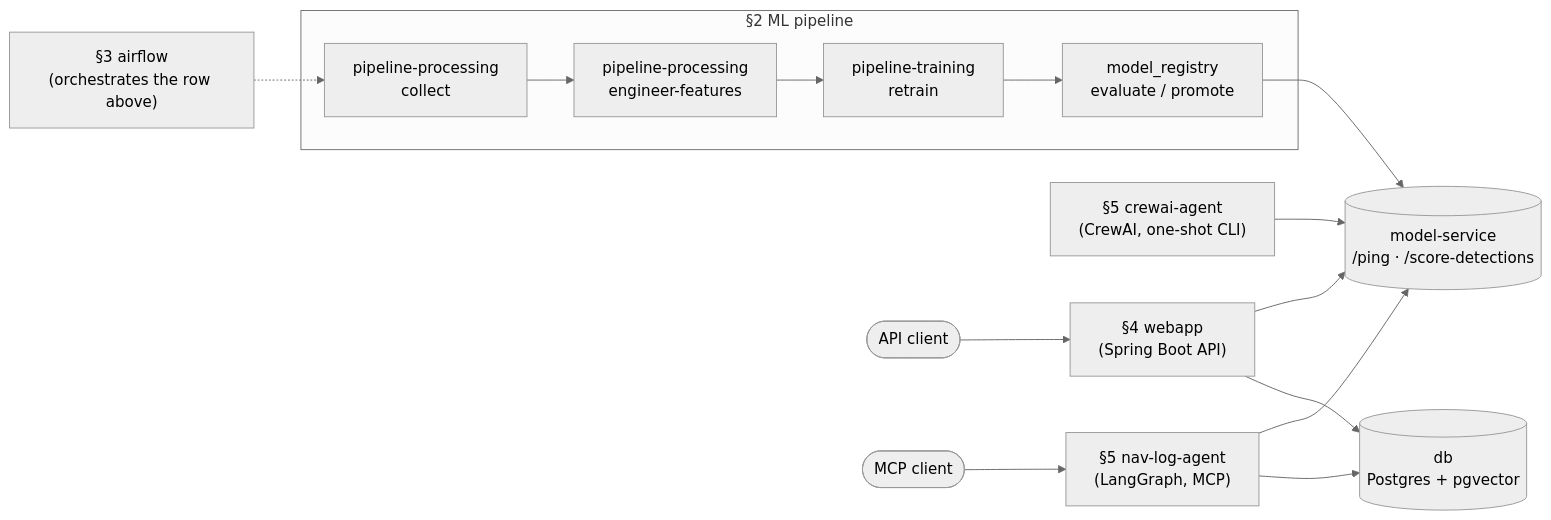
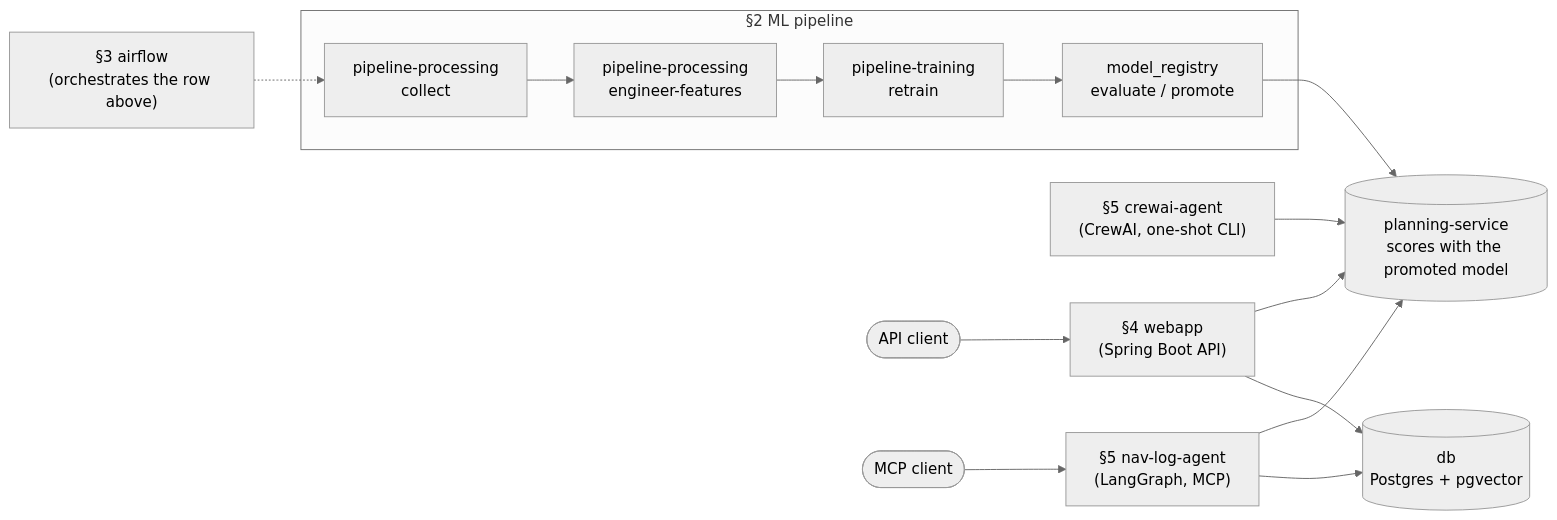
Before and after one commit to asdaq-samir/flight_plan: the first of 4 diagrams in docs/LEARNING-GUIDE.md, drawn with Mermaid (neutral theme). The commit also changed other lines of this file and 67 other files, not shown here.

````diff
--- a/docs/LEARNING-GUIDE.md
+++ b/docs/LEARNING-GUIDE.md
@@ -30,21 +30,21 @@
 ```mermaid
 flowchart LR
     subgraph pipeline["§2 ML pipeline"]
         collect[pipeline-processing<br/>collect] --> engineer[pipeline-processing<br/>engineer-features]
         engineer --> retrain[pipeline-training<br/>retrain]
         retrain --> registry[model_registry<br/>evaluate / promote]
     end
     airflow["§3 airflow<br/>(orchestrates the row above)"] -.-> collect
 
-    registry --> model[("model-service<br/>/ping · /score-detections")]
+    registry --> planner[("planning-service<br/>scores with the promoted model")]
 
-    webapp["§4 webapp<br/>(Spring Boot API)"] --> model
+    webapp["§4 webapp<br/>(Spring Boot API)"] --> planner
     webapp --> db[("db<br/>Postgres + pgvector")]
 
-    navlog["§5 nav-log-agent<br/>(LangGraph, MCP)"] --> model
+    navlog["§5 nav-log-agent<br/>(LangGraph, MCP)"] --> planner
     navlog --> db
-    crewai["§5 crewai-agent<br/>(CrewAI, one-shot CLI)"] --> model
+    crewai["§5 crewai-agent<br/>(CrewAI, one-shot CLI)"] --> planner
 
     client([API client]) --> webapp
     mcpclient([MCP client]) --> navlog
 ```
````
